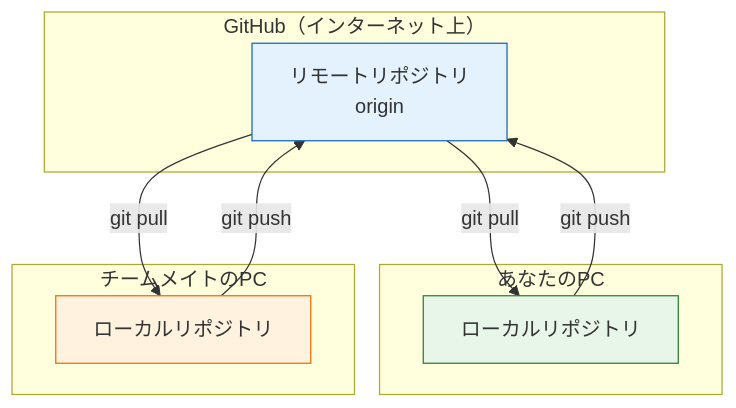
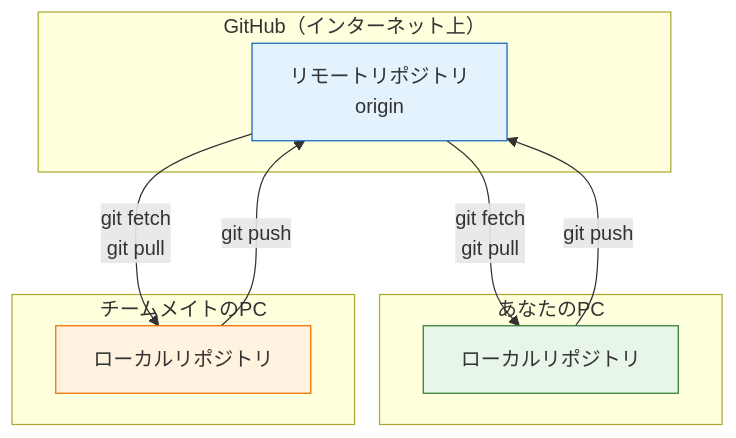
Before and after one commit to dik-ab/school-curriculum-platform: the first of 3 diagrams in cloudflare-site/src/content/docs/git/github_and_pr.md, drawn with Mermaid. The commit also changed other lines of this file, not shown here.

Commit message:
docs: expand git remote workflow lesson

````diff
--- a/cloudflare-site/src/content/docs/git/github_and_pr.md
+++ b/cloudflare-site/src/content/docs/git/github_and_pr.md
@@ -31,19 +34,19 @@
 ```mermaid
 flowchart TB
     subgraph cloud["GitHub（インターネット上）"]
         R["リモートリポジトリ<br>origin"]
     end
     subgraph pc1["あなたのPC"]
         L1["ローカルリポジトリ"]
     end
     subgraph pc2["チームメイトのPC"]
         L2["ローカルリポジトリ"]
     end
     L1 -- "git push" --> R
-    R -- "git pull" --> L1
+    R -- "git fetch<br>git pull" --> L1
     L2 -- "git push" --> R
-    R -- "git pull" --> L2
+    R -- "git fetch<br>git pull" --> L2
     style R fill:#e3f2fd,stroke:#1565c0
     style L1 fill:#e8f5e9,stroke:#2e7d32
     style L2 fill:#fff3e0,stroke:#ef6c00
 ```
````
